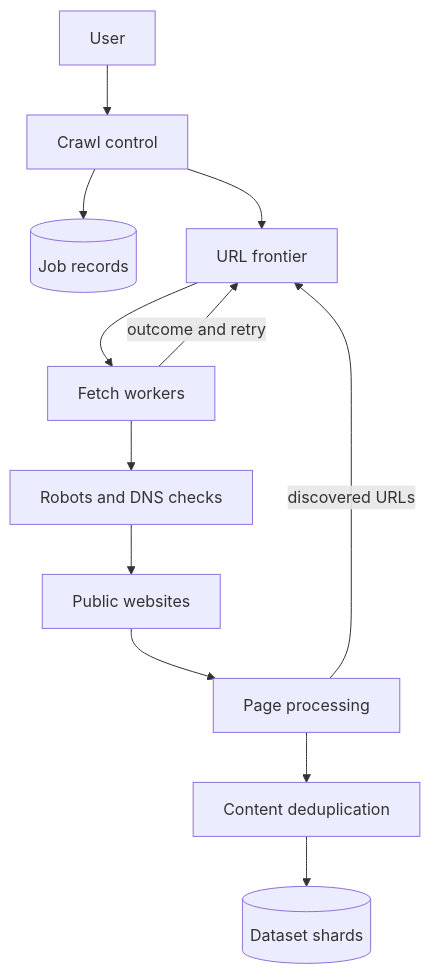
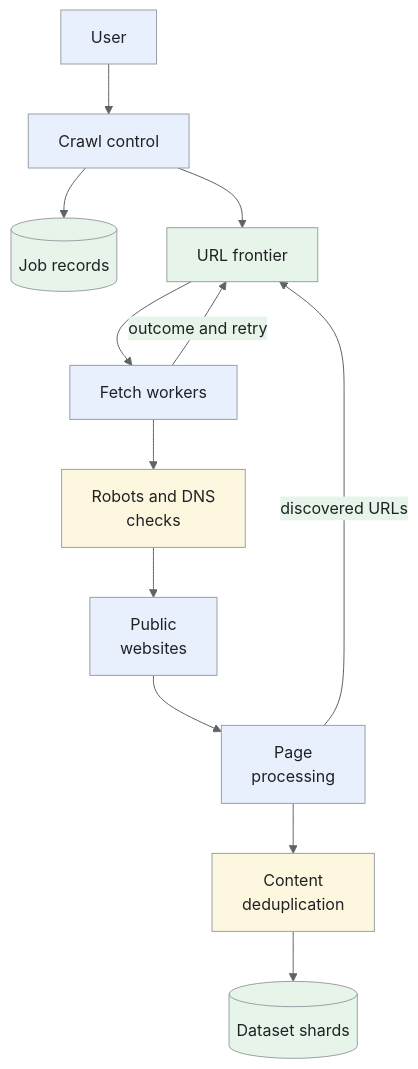
Before and after one commit to iliazlobin/iliazlobin.github.io: the first of 6 diagrams in _designs/system-design-web-crawler.md, drawn with Mermaid. The commit also changed other lines of this file and 131 other files, not shown here.

````diff
--- a/_designs/system-design-web-crawler.md
+++ b/_designs/system-design-web-crawler.md
@@ -123,14 +139,22 @@
 ```mermaid
+%%{init: {"theme":"base","themeVariables":{"primaryColor":"#e8f0fe","primaryBorderColor":"#9aa0a6","primaryTextColor":"#202124","secondaryColor":"#e6f4ea","tertiaryColor":"#fef7e0","lineColor":"#5f6368","actorBkg":"#e8f0fe","actorBorder":"#9aa0a6","actorTextColor":"#202124","noteBkgColor":"#fef7e0","noteBorderColor":"#9aa0a6","noteTextColor":"#202124","signalColor":"#5f6368","signalTextColor":"#202124"}}}%%
 flowchart TB
   U["User"] --> API["Crawl control"]
   API --> J[("Job records")]
   API --> F["URL frontier"]
   F --> W["Fetch workers"]
-  W --> R["Robots and DNS checks"]
-  R --> WEB["Public websites"]
-  WEB --> P["Page processing"]
-  P --> D["Content deduplication"]
+  W --> R["Robots and DNS<br>checks"]
+  R --> WEB["Public<br>websites"]
+  WEB --> P["Page<br>processing"]
+  P --> D["Content<br>deduplication"]
   D --> O[("Dataset shards")]
   P -->|discovered URLs| F
   W -->|outcome and retry| F
+classDef request fill:#e8f0fe,stroke:#9aa0a6,color:#202124;
+classDef data fill:#e6f4ea,stroke:#9aa0a6,color:#202124;
+classDef control fill:#fef7e0,stroke:#9aa0a6,color:#202124;
+class U,API,W,WEB,P request;
+class J,F,O data;
+class R,D control;
+
 ```
````
